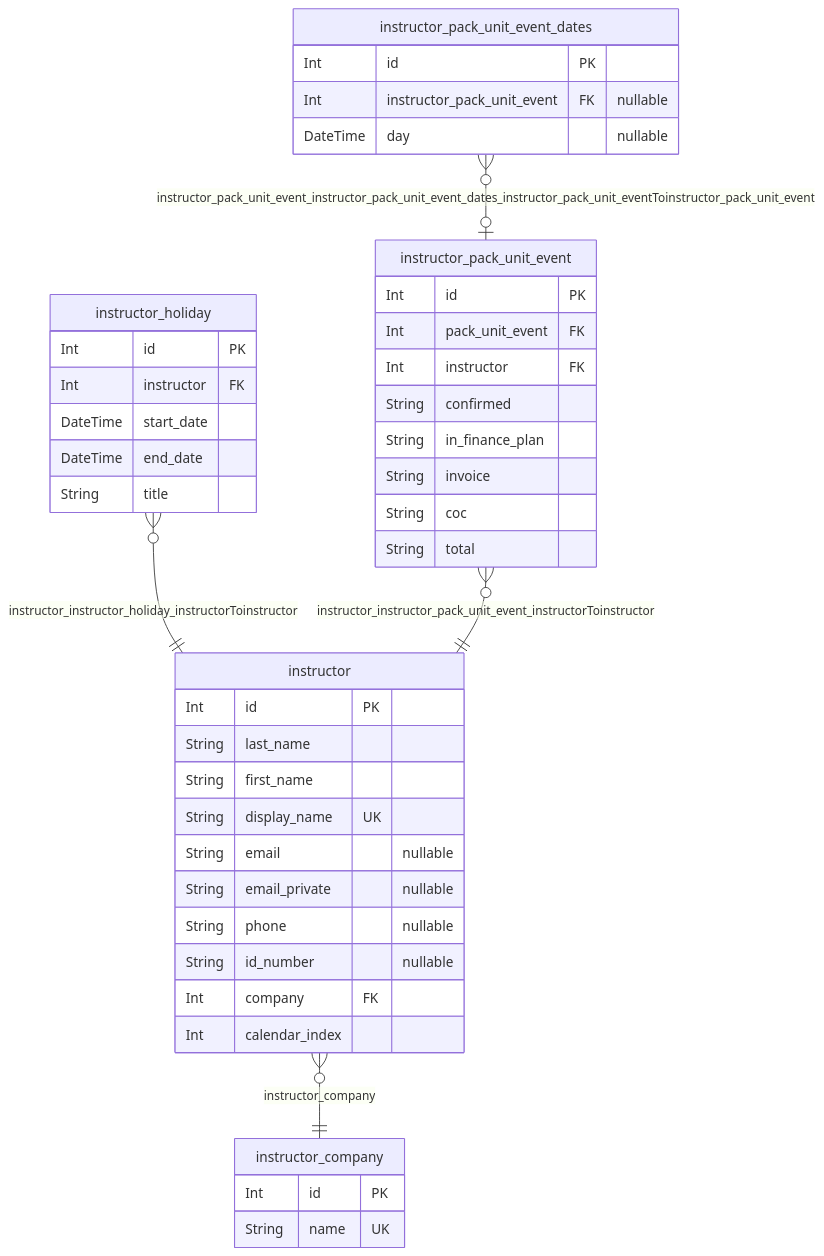
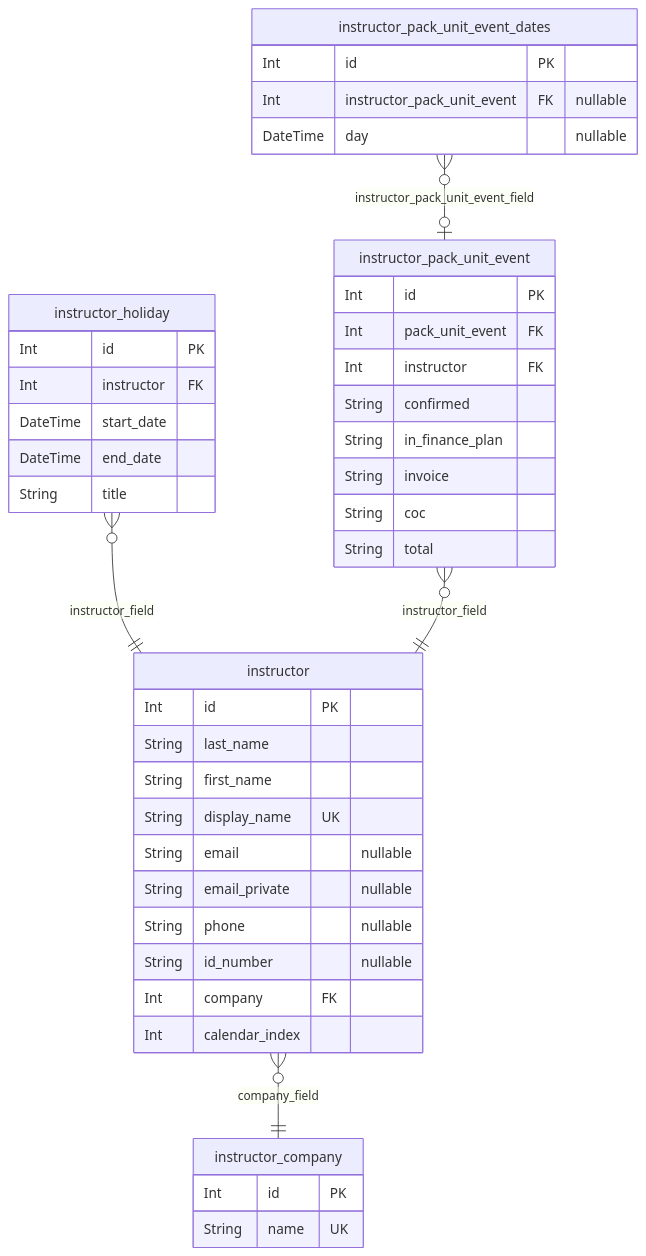
The fourth of 6 diagrams in wiki/dev/database.md (Kristofy/CompOffice), drawn with Mermaid before and after one commit. The commit also changed other lines of this file and 29 other files, not shown here.

````diff
--- a/wiki/dev/database.md
+++ b/wiki/dev/database.md
@@ -343,45 +360,45 @@
 ```mermaid
 erDiagram
 "instructor" {
   Int id PK
   String last_name
   String first_name
   String display_name UK
   String email "nullable"
   String email_private "nullable"
   String phone "nullable"
   String id_number "nullable"
   Int company FK
   Int calendar_index
 }
 "instructor_company" {
   Int id PK
   String name UK
 }
 "instructor_holiday" {
   Int id PK
   Int instructor FK
   DateTime start_date
   DateTime end_date
   String title
 }
 "instructor_pack_unit_event" {
   Int id PK
   Int pack_unit_event FK
   Int instructor FK
   String confirmed
   String in_finance_plan
   String invoice
   String coc
   String total
 }
 "instructor_pack_unit_event_dates" {
   Int id PK
   Int instructor_pack_unit_event FK "nullable"
   DateTime day "nullable"
 }
-"instructor" }o--|| "instructor_company" : instructor_company
-"instructor_holiday" }o--|| "instructor" : instructor_instructor_holiday_instructorToinstructor
-"instructor_pack_unit_event" }o--|| "instructor" : instructor_instructor_pack_unit_event_instructorToinstructor
-"instructor_pack_unit_event_dates" }o--o| "instructor_pack_unit_event" : instructor_pack_unit_event_instructor_pack_unit_event_dates_instructor_pack_unit_eventToinstructor_pack_unit_event
+"instructor" }o--|| "instructor_company" : company_field
+"instructor_holiday" }o--|| "instructor" : instructor_field
+"instructor_pack_unit_event" }o--|| "instructor" : instructor_field
+"instructor_pack_unit_event_dates" }o--o| "instructor_pack_unit_event" : instructor_pack_unit_event_field
 ```
````
